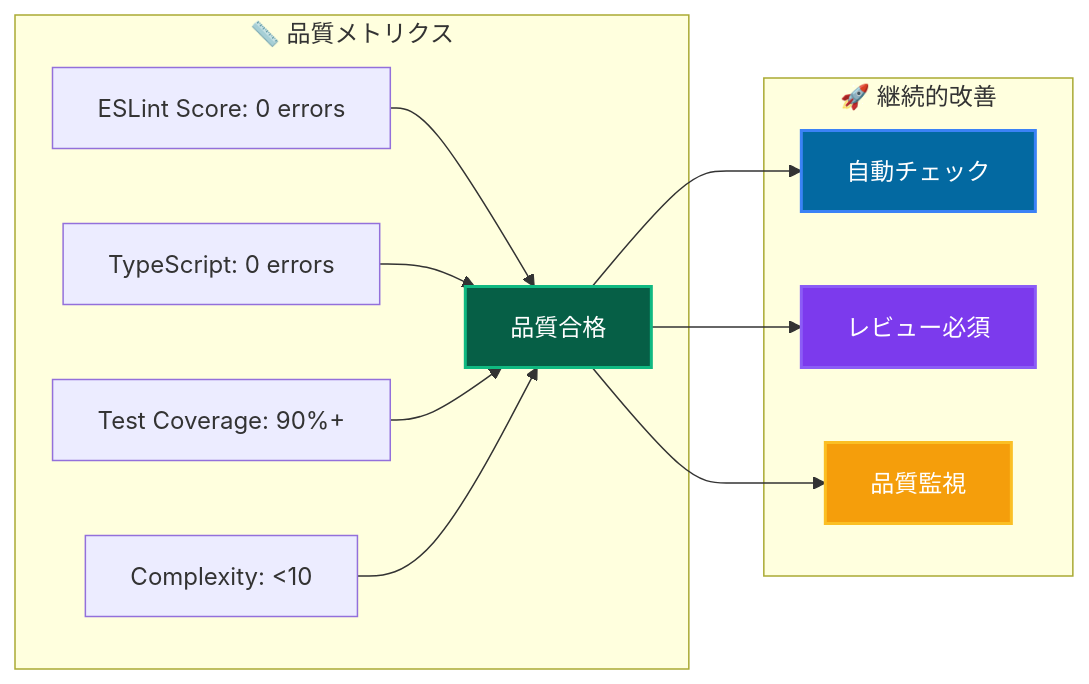
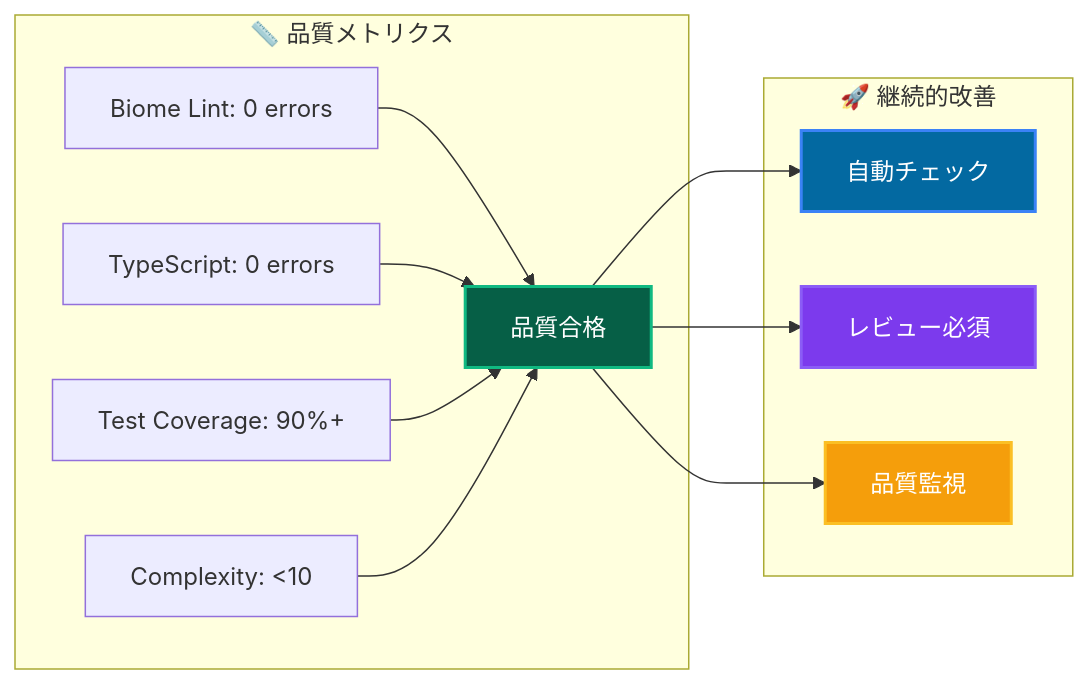
One commit to derushio/d-next-ddd-example changed the second of 2 diagrams in _DOCS/guides/standards/coding.md. Above: the diagram before and after it, drawn with Mermaid. The commit also changed other lines of this file and 102 other files, not shown here.

````diff
--- a/_DOCS/guides/standards/coding.md
+++ b/_DOCS/guides/standards/coding.md
@@ -363,24 +379,24 @@
 ```mermaid
 graph LR
     subgraph "📏 品質メトリクス"
-        A[ESLint Score: 0 errors] --> E[品質合格]
+        A[Biome Lint: 0 errors] --> E[品質合格]
         B[TypeScript: 0 errors] --> E
         C[Test Coverage: 90%+] --> E
         D[Complexity: <10] --> E
     end
 
     subgraph "🚀 継続的改善"
         F[自動チェック]
         G[レビュー必須]
         H[品質監視]
     end
 
     E --> F
     E --> G
     E --> H
 
     style E fill:#065f46,stroke:#10b981,stroke-width:2px,color:#ffffff
     style F fill:#0369a1,stroke:#3b82f6,stroke-width:2px,color:#ffffff
     style G fill:#7c3aed,stroke:#8b5cf6,stroke-width:2px,color:#ffffff
     style H fill:#f59e0b,stroke:#fbbf24,stroke-width:2px,color:#ffffff
 ```
````
